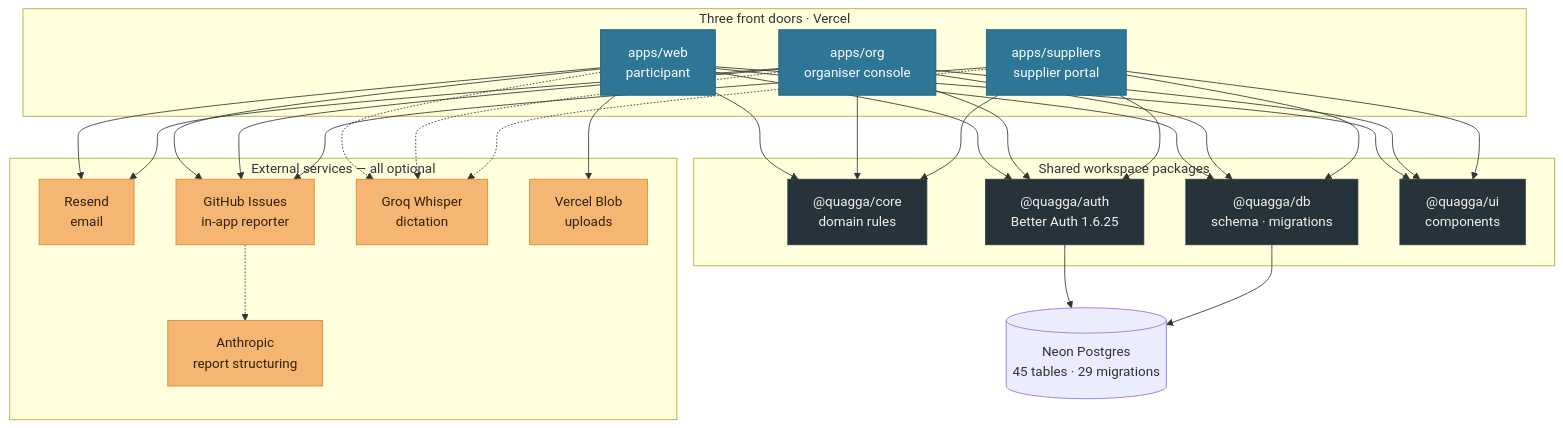
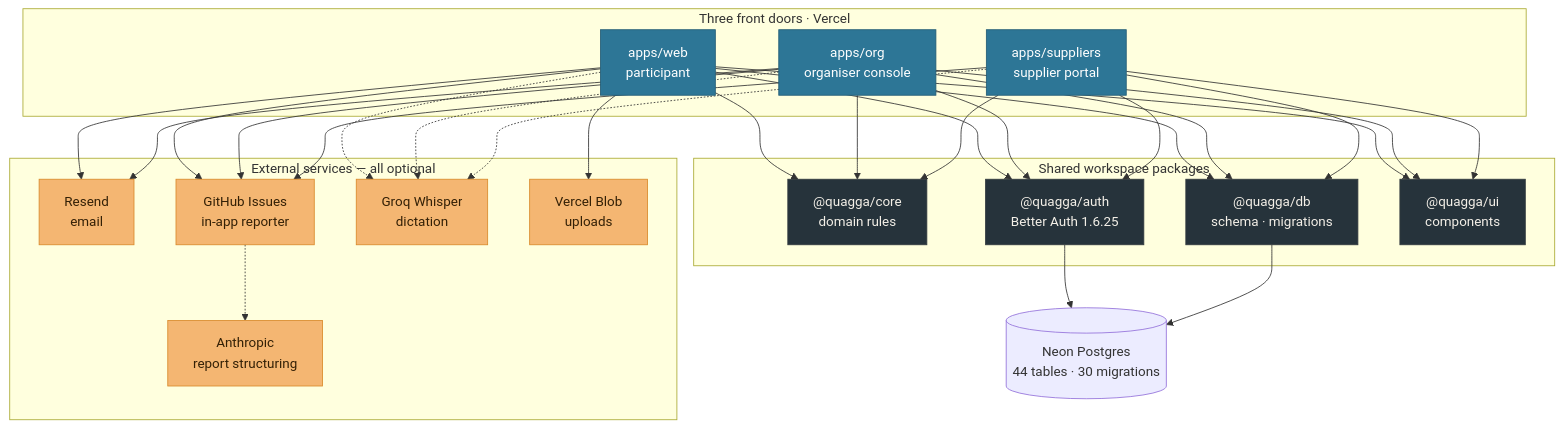
One commit to RyRy79261/afrikaburn-contributors-app changed the first of 4 diagrams in docs/architecture.md. Above: the diagram before and after it, drawn with Mermaid. The commit also changed other lines of this file and 40 other files, not shown here.

````diff
--- a/docs/architecture.md
+++ b/docs/architecture.md
@@ -18,41 +18,41 @@
 ```mermaid
 flowchart TB
     subgraph apps["Three front doors · Vercel"]
         web["apps/web<br/>participant"]
         org["apps/org<br/>organiser console"]
         sup["apps/suppliers<br/>supplier portal"]
     end
 
     subgraph pkgs["Shared workspace packages"]
         core["@quagga/core<br/>domain rules"]
         auth["@quagga/auth<br/>Better Auth 1.6.25"]
         db["@quagga/db<br/>schema · migrations"]
         ui["@quagga/ui<br/>components"]
     end
 
-    neon[("Neon Postgres<br/>45 tables · 29 migrations")]
+    neon[("Neon Postgres<br/>44 tables · 30 migrations")]
 
     subgraph ext["External services — all optional"]
         resend["Resend<br/>email"]
         gh["GitHub Issues<br/>in-app reporter"]
         claude["Anthropic<br/>report structuring"]
         groq["Groq Whisper<br/>dictation"]
         blob["Vercel Blob<br/>uploads"]
     end
 
     web & org & sup --> core & auth & db & ui
     auth --> neon
     db --> neon
     web --> resend & blob
     org --> resend
     web & org & sup --> gh
     gh -.-> claude
     web & org & sup -.-> groq
 
     classDef app fill:#2D7696,stroke:#235C75,color:#fff
     classDef pkg fill:#26333B,stroke:#323A3F,color:#F4F0E8
     classDef extern fill:#F4B672,stroke:#D98A2B,color:#332006
     class web,org,sup app
     class core,auth,db,ui pkg
     class resend,gh,claude,groq,blob extern
 ```
````
